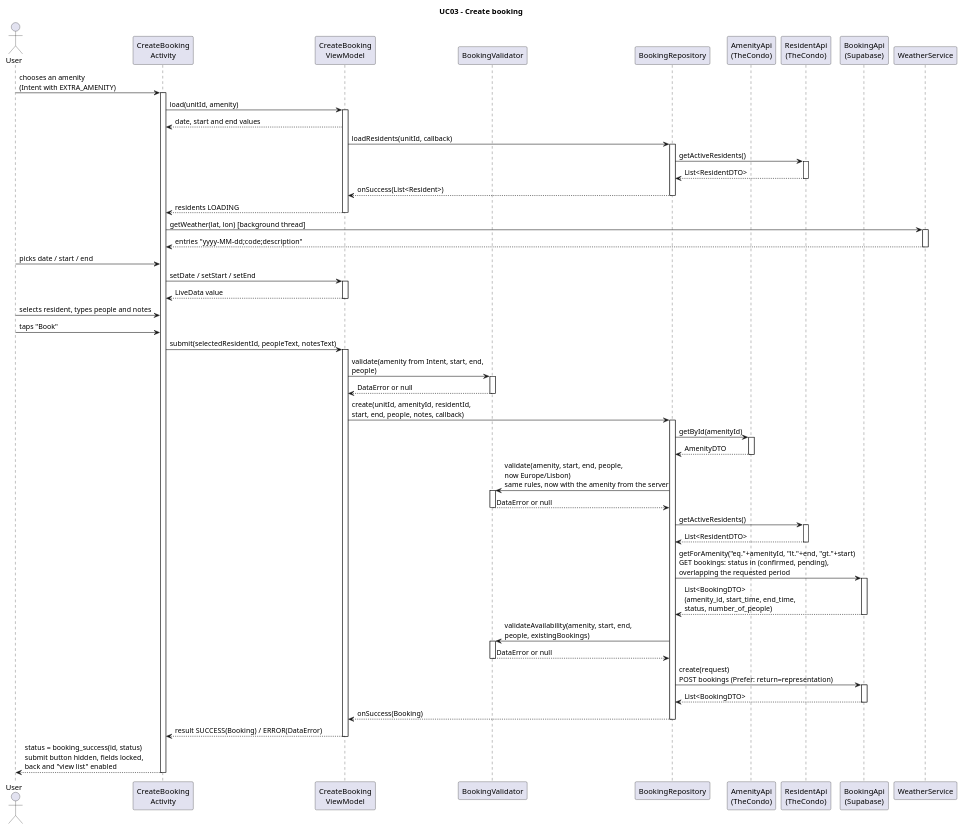
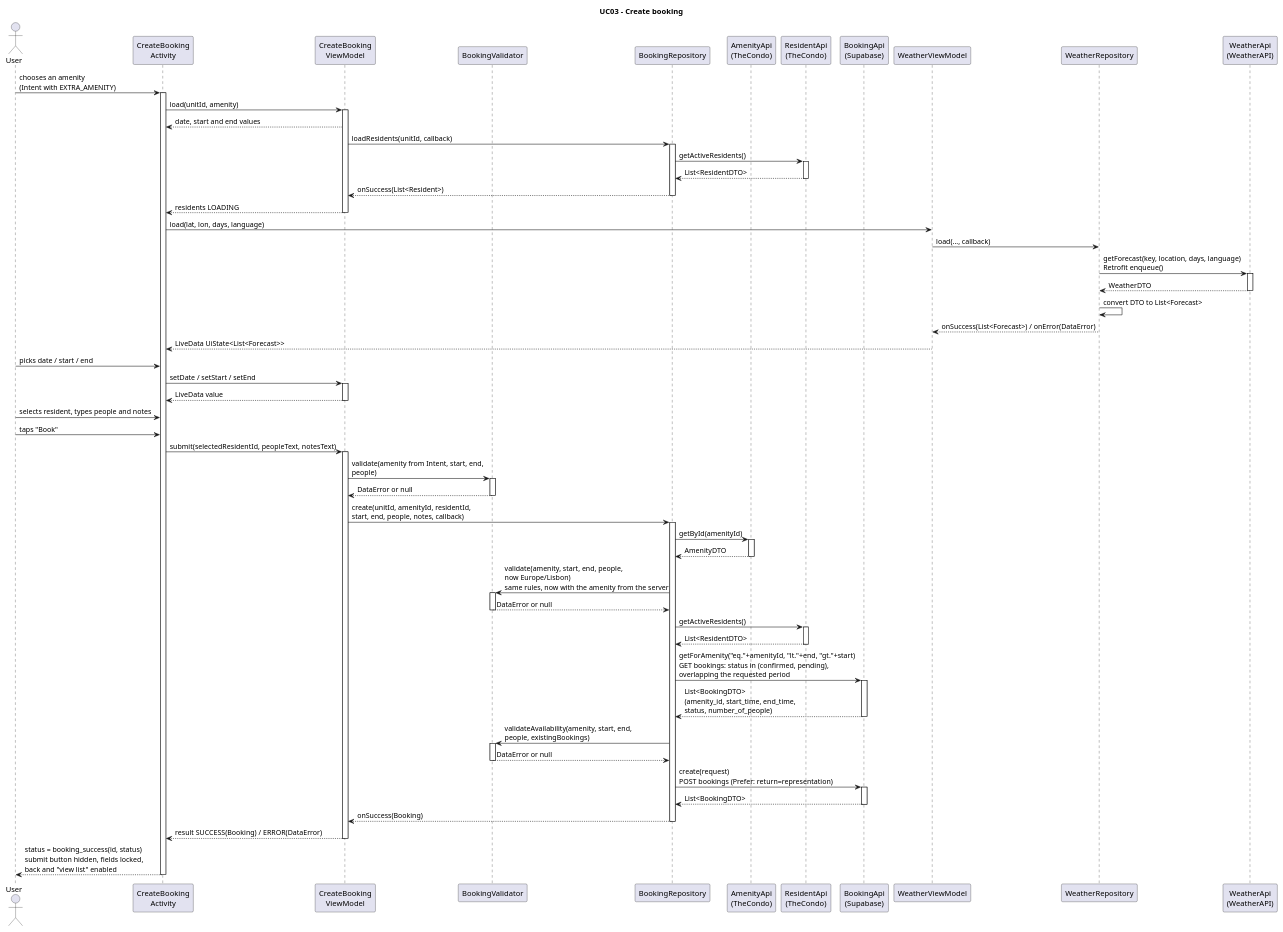
One commit to MiguelSantos568/DSSMV_ProjectDroid_1231121_1240568 changed the diagram in app/doc/UseCases/UC03/puml/SD - UC03.puml. Above: the diagram before and after it, drawn with PlantUML. The commit also changed 30 other files, not shown here.

```diff
--- a/app/doc/UseCases/UC03/puml/SD - UC03.puml
+++ b/app/doc/UseCases/UC03/puml/SD - UC03.puml
@@ -1,55 +1,62 @@
 @startuml
 title UC03 - Create booking
 
 actor User
 participant "CreateBooking\nActivity" as Form
 participant "CreateBooking\nViewModel" as VM
 participant BookingValidator as Validator
 participant BookingRepository as Repo
 participant "AmenityApi\n(TheCondo)" as AmenityApi
 participant "ResidentApi\n(TheCondo)" as ResidentApi
 participant "BookingApi\n(Supabase)" as BookingApi
-participant WeatherService as Weather
+participant WeatherViewModel as WeatherVM
+participant WeatherRepository as WeatherRepo
+participant "WeatherApi\n(WeatherAPI)" as Weather
 
 User -> Form ++ : chooses an amenity\n(Intent with EXTRA_AMENITY)
     Form -> VM ++ : load(unitId, amenity)
     VM --> Form : date, start and end values
         VM -> Repo ++ : loadResidents(unitId, callback)
             Repo -> ResidentApi ++ : getActiveResidents()
             ResidentApi --> Repo -- : List<ResidentDTO>
         Repo --> VM -- : onSuccess(List<Resident>)
     VM --> Form : residents LOADING
     deactivate VM
 
-    Form -> Weather ++ : getWeather(lat, lon) [background thread]
-    Weather --> Form -- : entries "yyyy-MM-dd;code;description"
+    Form -> WeatherVM : load(lat, lon, days, language)
+    WeatherVM -> WeatherRepo : load(..., callback)
+    WeatherRepo -> Weather ++ : getForecast(key, location, days, language)\nRetrofit enqueue()
+    Weather --> WeatherRepo -- : WeatherDTO
+    WeatherRepo -> WeatherRepo : convert DTO to List<Forecast>
+    WeatherRepo --> WeatherVM : onSuccess(List<Forecast>) / onError(DataError)
+    WeatherVM --> Form : LiveData UiState<List<Forecast>>
 
 User -> Form : picks date / start / end
     Form -> VM ++ : setDate / setStart / setEnd
     VM --> Form -- : LiveData value
 User -> Form : selects resident, types people and notes
 User -> Form : taps "Book"
     Form -> VM ++ : submit(selectedResidentId, peopleText, notesText)
         VM -> Validator ++ : validate(amenity from Intent, start, end,\npeople)
         Validator --> VM -- : DataError or null
         VM -> Repo ++ : create(unitId, amenityId, residentId,\nstart, end, people, notes, callback)
             Repo -> AmenityApi ++ : getById(amenityId)
             AmenityApi --> Repo -- : AmenityDTO
         Repo -> Validator ++ : validate(amenity, start, end, people,\nnow Europe/Lisbon)\nsame rules, now with the amenity from the server
         Validator --> Repo -- : DataError or null
             Repo -> ResidentApi ++ : getActiveResidents()
             ResidentApi --> Repo -- : List<ResidentDTO>
             Repo -> BookingApi ++ : getForAmenity("eq."+amenityId, "lt."+end, "gt."+start)\nGET bookings: status in (confirmed, pending),\noverlapping the requested period
             BookingApi --> Repo -- : List<BookingDTO>\n(amenity_id, start_time, end_time,\nstatus, number_of_people)
         Repo -> Validator ++ : validateAvailability(amenity, start, end,\npeople, existingBookings)
         Validator --> Repo -- : DataError or null
             Repo -> BookingApi ++ : create(request)\nPOST bookings (Prefer: return=representation)
             BookingApi --> Repo -- : List<BookingDTO>
         Repo --> VM : onSuccess(Booking)
         deactivate Repo
     VM --> Form : result SUCCESS(Booking) / ERROR(DataError)
     deactivate VM
 Form --> User : status = booking_success(id, status)\nsubmit button hidden, fields locked,\nback and "view list" enabled
 deactivate Form
 
 @enduml
```
